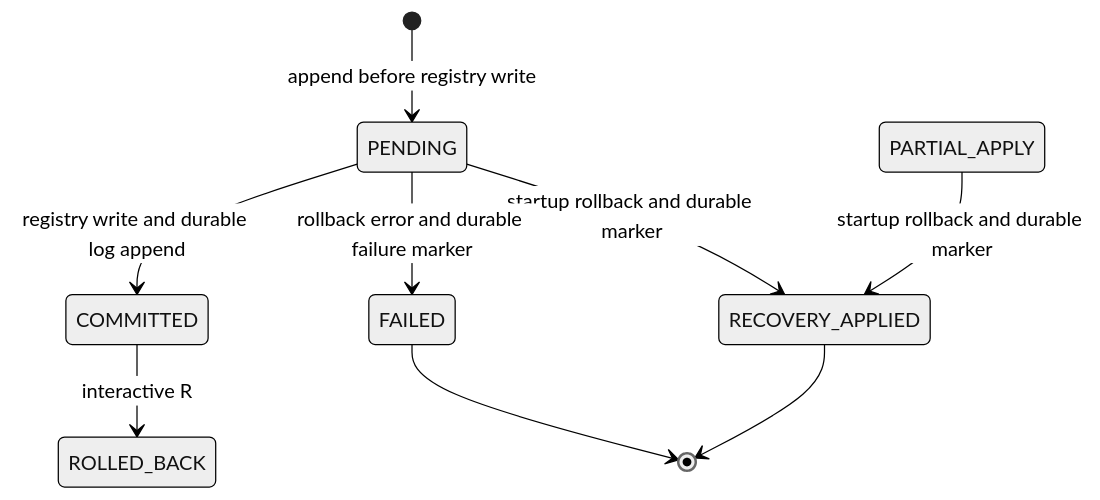
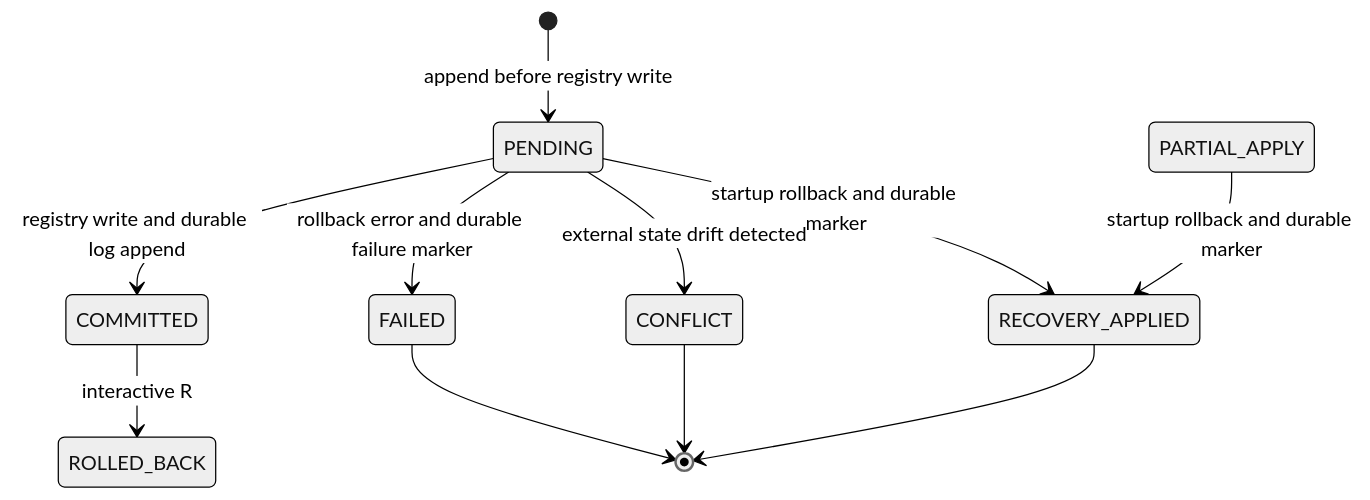
Before and after one commit to genesisgzdev/Aegis11: the third of 3 diagrams in docs/ARCHITECTURE.md, drawn with Mermaid (neutral theme). The commit also changed other lines of this file and 3 other files, not shown here.

```diff
--- a/docs/ARCHITECTURE.md
+++ b/docs/ARCHITECTURE.md
@@ -63,11 +63,13 @@
 ~~~mermaid
 stateDiagram-v2
     [*] --> PENDING: append before registry write
     PENDING --> COMMITTED: registry write and durable log append
     PENDING --> RECOVERY_APPLIED: startup rollback and durable marker
     PARTIAL_APPLY --> RECOVERY_APPLIED: startup rollback and durable marker
     PENDING --> FAILED: rollback error and durable failure marker
+    PENDING --> CONFLICT: external state drift detected
     COMMITTED --> ROLLED_BACK: interactive R
     FAILED --> [*]
+    CONFLICT --> [*]
     RECOVERY_APPLIED --> [*]
 ~~~
```
